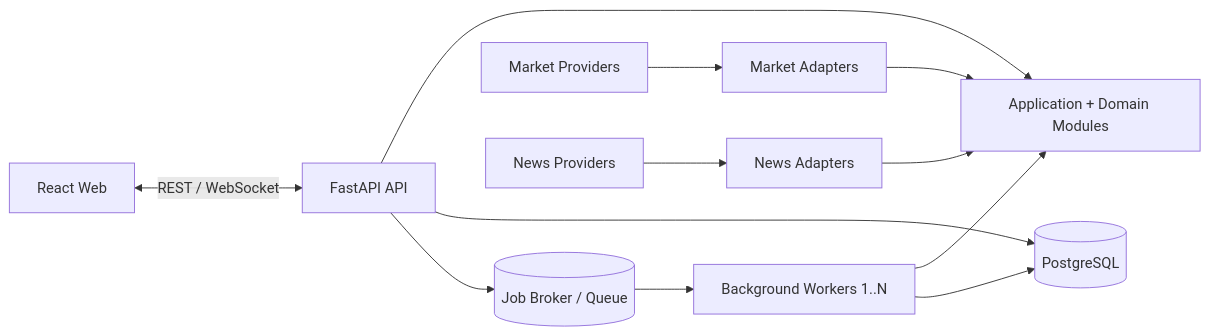
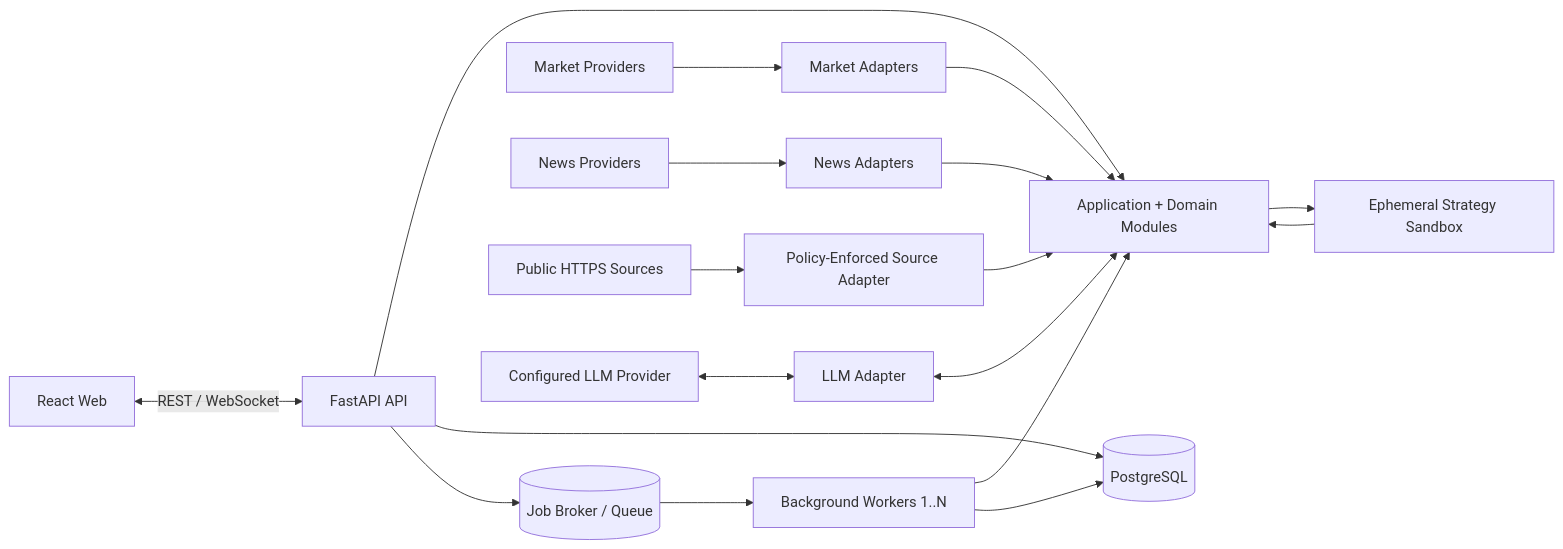
The second of 8 diagrams in docs/ARCHITECTURE.md (nhphunng/Crypto-Strategy-Lab), drawn with Mermaid before and after one commit. The commit also changed other lines of this file and 16 other files, not shown here.

````diff
--- a/docs/ARCHITECTURE.md
+++ b/docs/ARCHITECTURE.md
@@ -37,14 +41,20 @@
 ```mermaid
 flowchart LR
     WEB["React Web"] <-->|"REST / WebSocket"| API["FastAPI API"]
     API --> APP["Application + Domain Modules"]
     API --> DB[("PostgreSQL")]
     API --> QUEUE[("Job Broker / Queue")]
     QUEUE --> WORKER["Background Workers 1..N"]
     WORKER --> APP
     WORKER --> DB
     MARKET["Market Providers"] --> ADAPTER["Market Adapters"]
     ADAPTER --> APP
     NEWS["News Providers"] --> NEWS_ADAPTER["News Adapters"]
     NEWS_ADAPTER --> APP
+    WEB_SOURCE["Public HTTPS Sources"] --> SOURCE_ADAPTER["Policy-Enforced Source Adapter"]
+    SOURCE_ADAPTER --> APP
+    LLM["Configured LLM Provider"] <--> LLM_ADAPTER["LLM Adapter"]
+    LLM_ADAPTER <--> APP
+    APP --> SANDBOX["Ephemeral Strategy Sandbox"]
+    SANDBOX --> APP
 ```
````
